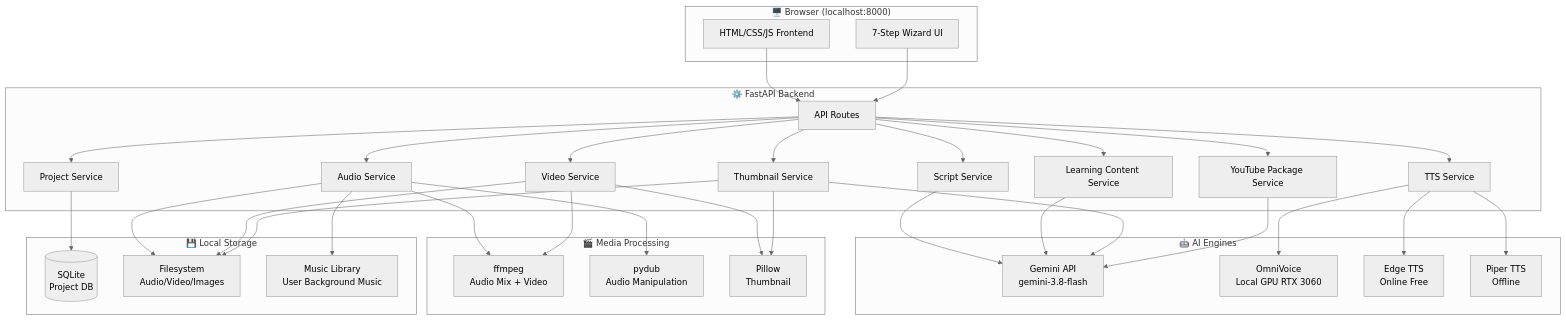
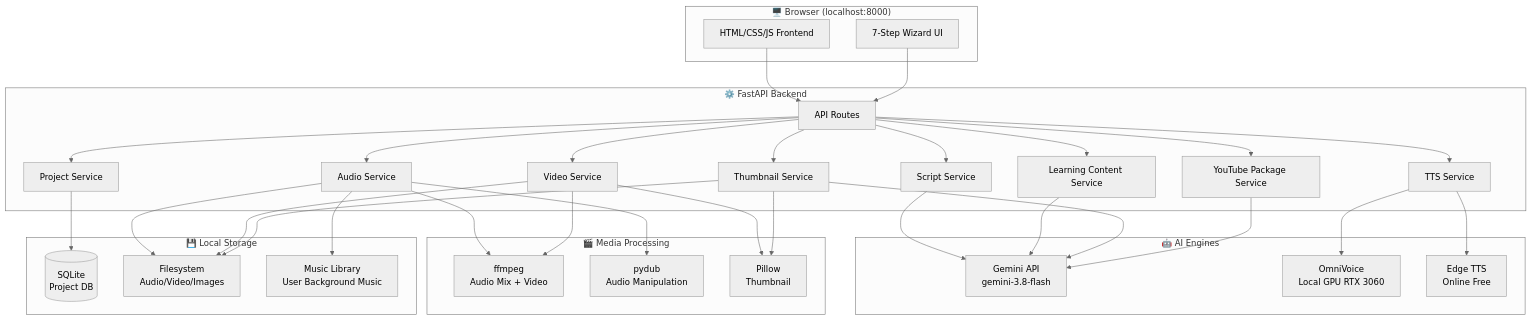
Before and after one commit to danghoangsqtt-sys/dailyintelenglish: the first of 3 diagrams in .viepilot/ARCHITECTURE.md, drawn with Mermaid (neutral theme). The commit also changed other lines of this file and 25 other files, not shown here.

````diff
--- a/.viepilot/ARCHITECTURE.md
+++ b/.viepilot/ARCHITECTURE.md
@@ -53,50 +57,49 @@
 ```mermaid
 graph TB
     subgraph Browser["🖥️ Browser (localhost:8000)"]
         UI[HTML/CSS/JS Frontend]
         WZ[7-Step Wizard UI]
     end
 
     subgraph FastAPI["⚙️ FastAPI Backend"]
         AR[API Routes]
         SS[Script Service]
         LCS[Learning Content Service]
         TS[TTS Service]
         AS[Audio Service]
         VS[Video Service]
         THS[Thumbnail Service]
         PS[Project Service]
         YTS[YouTube Package Service]
     end
 
     subgraph AI["🤖 AI Engines"]
         GEM[Gemini API\ngemini-3.8-flash]
         OV[OmniVoice\nLocal GPU RTX 3060]
         ETSS[Edge TTS\nOnline Free]
-        PTTS[Piper TTS\nOffline]
     end
 
     subgraph Media["🎬 Media Processing"]
         FFMP[ffmpeg\nAudio Mix + Video]
         PDY[pydub\nAudio Manipulation]
         PIL[Pillow\nThumbnail]
     end
 
     subgraph Storage["💾 Local Storage"]
         DB[(SQLite\nProject DB)]
         FS[Filesystem\nAudio/Video/Images]
         ML[Music Library\nUser Background Music]
     end
 
     UI --> AR
     WZ --> AR
     AR --> SS & LCS & TS & AS & VS & THS & PS & YTS
     SS & LCS --> GEM
-    TS --> OV & ETSS & PTTS
+    TS --> OV & ETSS
     AS --> FFMP & PDY & ML
     VS --> FFMP & PIL
     THS --> GEM & PIL
     YTS --> GEM
     PS --> DB
     AS & VS & THS --> FS
 ```
````
